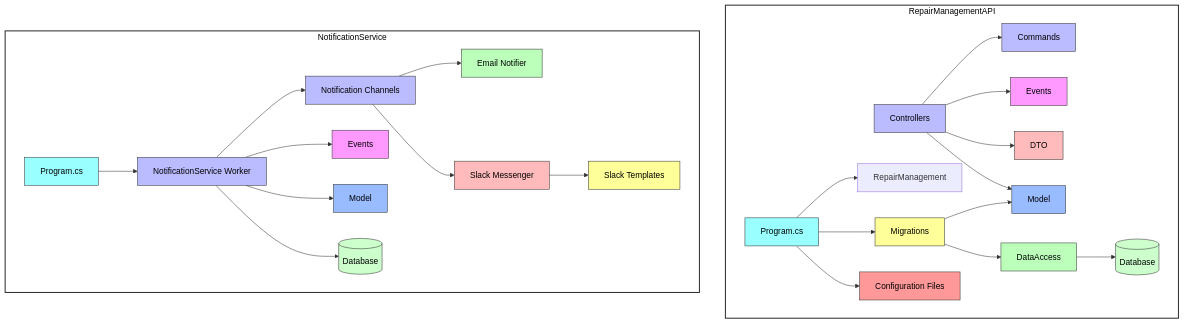
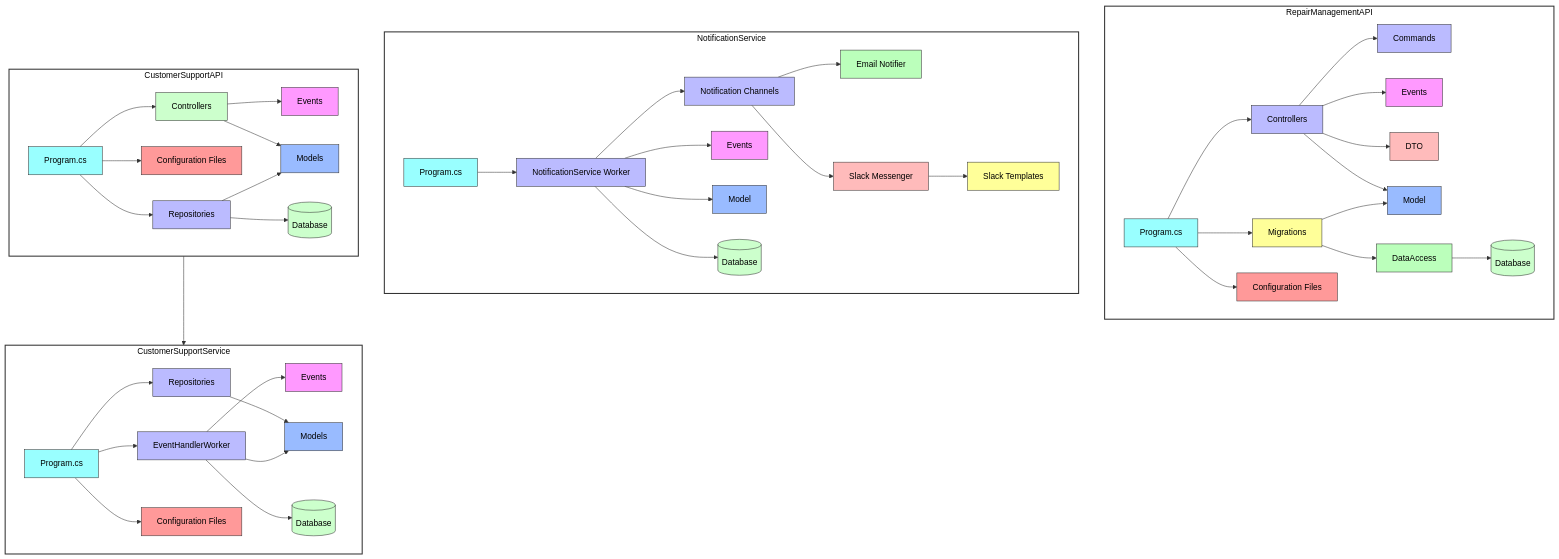
One commit to hanaim-devops/pitstop-team-luna changed the third of 3 diagrams in src/README.md. Above: the diagram before and after it, drawn with Mermaid. The commit also changed other lines of this file, not shown here.

Commit message:
Update C4 Diagram met CustomerSupport diagrammen

````diff
--- a/src/README.md
+++ b/src/README.md
@@ -75,7 +82,7 @@
         RepairManagementProgram[Program.cs]
         RepairManagementDatabase[(Database)]
 
-        RepairManagementProgram --> RepairManagement
+        RepairManagementProgram --> RepairManagementControllers
         RepairManagementProgram --> RepairManagementMigrations
         RepairManagementProgram --> RepairManagementConfiguration
         RepairManagementControllers --> RepairManagementCommands
@@ -108,6 +115,41 @@
         NotificationServiceSlackMessenger --> NotificationServiceTemplates
     end
 
+    subgraph CustomerSupportAPI
+        CustomerSupportAPIControllers[Controllers]
+        CustomerSupportAPIEvents[Events]
+        CustomerSupportAPIModels[Models]
+        CustomerSupportAPIRepositories[Repositories]
+        CustomerSupportAPIConfig[Configuration Files]
+        CustomerSupportAPIProgram[Program.cs]
+        CustomerSupportAPIRepository[(Database)]
+        CustomerSupportAPIProgram --> CustomerSupportAPIControllers
+        CustomerSupportAPIProgram --> CustomerSupportAPIConfig
+        CustomerSupportAPIProgram --> CustomerSupportAPIRepositories
+        CustomerSupportAPIControllers --> CustomerSupportAPIEvents
+        CustomerSupportAPIControllers --> CustomerSupportAPIModels
+        CustomerSupportAPIRepositories --> CustomerSupportAPIModels
+        CustomerSupportAPIRepositories --> CustomerSupportAPIRepository
+    end
+
+    subgraph CustomerSupportService
+        CustomerSupportServiceEvents[Events]
+        EventHandlerWorker[EventHandlerWorker]
+        CustomerSupportServiceModels[Models]
+        CustomerSupportServiceRepositories[Repositories]
+        CustomerSupportServiceProgram[Program.cs]
+        CustomerSupportServiceConfig[Configuration Files]
+        CustomerSupportServiceRepository[(Database)]
+        CustomerSupportServiceProgram --> CustomerSupportServiceRepositories
+        CustomerSupportServiceProgram --> EventHandlerWorker
+        CustomerSupportServiceProgram --> CustomerSupportServiceConfig
+        CustomerSupportServiceRepositories --> CustomerSupportServiceModels
+        EventHandlerWorker --> CustomerSupportServiceEvents
+        EventHandlerWorker --> CustomerSupportServiceModels
+        EventHandlerWorker --> CustomerSupportServiceRepository
+    end
+
+    CustomerSupportAPI --> CustomerSupportService
 
     style RepairManagementAPI fill:#fff,stroke:#333,stroke-width:2px,color:#000000
     style RepairManagementControllers fill:#bbf,stroke:#333,stroke-width:1px,color:#000000
@@ -120,6 +162,7 @@
     style RepairManagementConfiguration fill:#f99,stroke:#333,stroke-width:1px,color:#000000
     style RepairManagementProgram fill:#9ff,stroke:#333,stroke-width:1px,color:#000000
     style RepairManagementDatabase fill:#cfc,stroke:#333,stroke-width:1px,color:#000000
+
     style NotificationService fill:#fff,stroke:#333,stroke-width:2px,color:#000000
     style NotificationChannels fill:#bbf,stroke:#333,stroke-width:1px,color:#000000
     style NotificationServiceEmailNotifier fill:#bfb,stroke:#333,stroke-width:1px,color:#000000
@@ -130,5 +173,22 @@
     style NotificationServiceProgram fill:#9ff,stroke:#333,stroke-width:1px,color:#000000
     style NotificationServiceRepository fill:#cfc,stroke:#333,stroke-width:1px,color:#000000
     style NotificationServiceWorker fill:#bbf,stroke:#333,stroke-width:1px,color:#000000
-    
+
+    style CustomerSupportAPI fill:#fff,stroke:#333,stroke-width:2px,color:#000000
+    style CustomerSupportAPIProgram fill:#9ff,stroke:#333,stroke-width:1px,color:#000000
+    style CustomerSupportAPIConfig fill:#f99,stroke:#333,stroke-width:1px,color:#000000
+    style CustomerSupportAPIRepository fill:#cfc,stroke:#333,stroke-width:1px,color:#000000
+    style CustomerSupportAPIRepositories fill:#bbf,stroke:#333,stroke-width:1px,color:#000000
+    style CustomerSupportAPIControllers fill:#cfc,stroke:#333,stroke-width:1px,color:#000000
+    style CustomerSupportAPIEvents fill:#f9f,stroke:#333,stroke-width:1px,color:#000000
+    style CustomerSupportAPIModels fill:#9bf,stroke:#333,stroke-width:1px,color:#000000
+ 
+    style CustomerSupportService fill:#fff,stroke:#333,stroke-width:2px,color:#000000
+    style CustomerSupportServiceProgram fill:#9ff,stroke:#333,stroke-width:1px,color:#000000
+    style CustomerSupportServiceConfig fill:#f99,stroke:#333,stroke-width:1px,color:#000000
+    style CustomerSupportServiceRepository fill:#cfc,stroke:#333,stroke-width:1px,color:#000000
+    style CustomerSupportServiceRepositories fill:#bbf,stroke:#333,stroke-width:1px,color:#000000
+    style CustomerSupportServiceEvents fill:#f9f,stroke:#333,stroke-width:1px,color:#000000
+    style CustomerSupportServiceModels fill:#9bf,stroke:#333,stroke-width:1px,color:#000000
+    style EventHandlerWorker fill:#bbf,stroke:#333,stroke-width:1px,color:#000000
 ```
````
